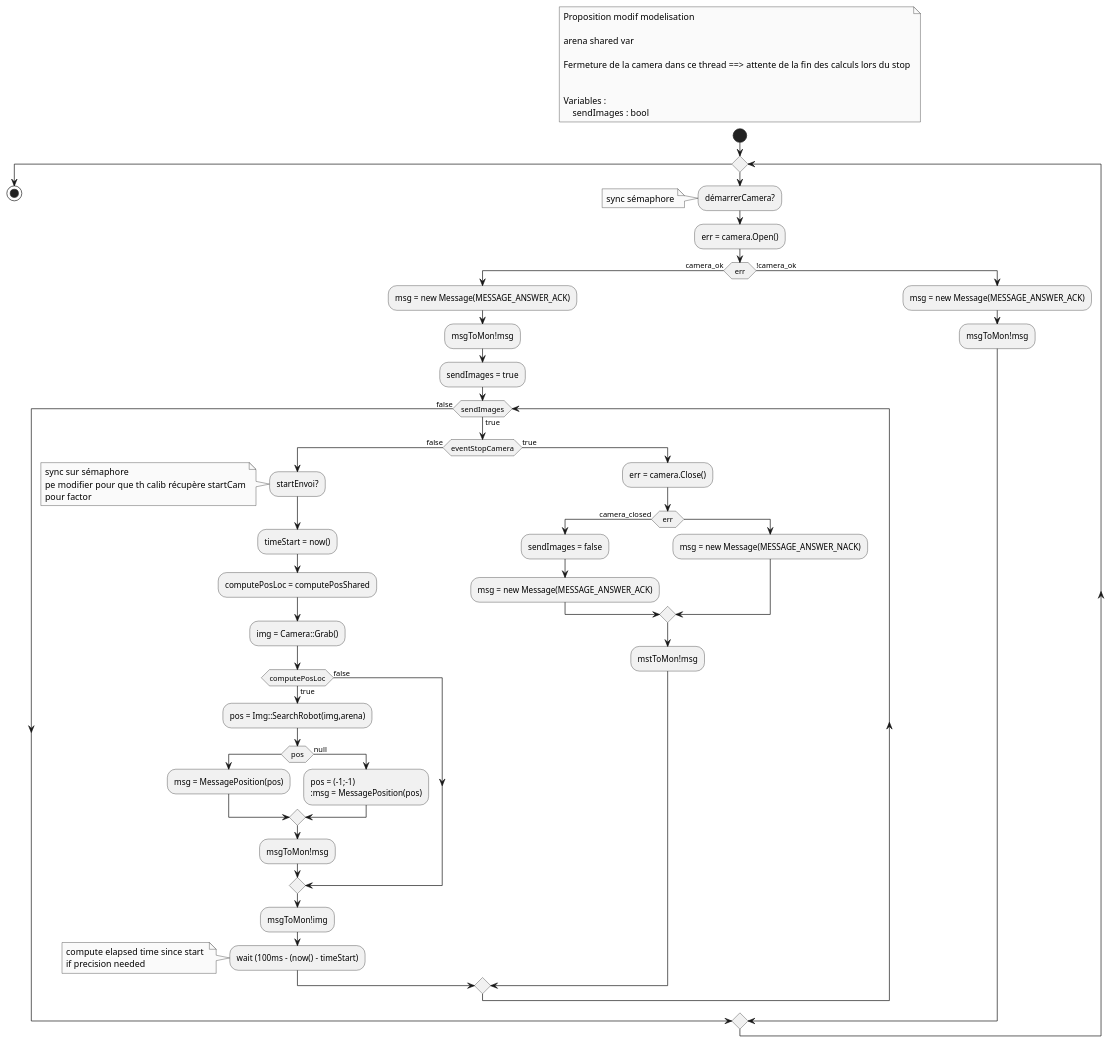
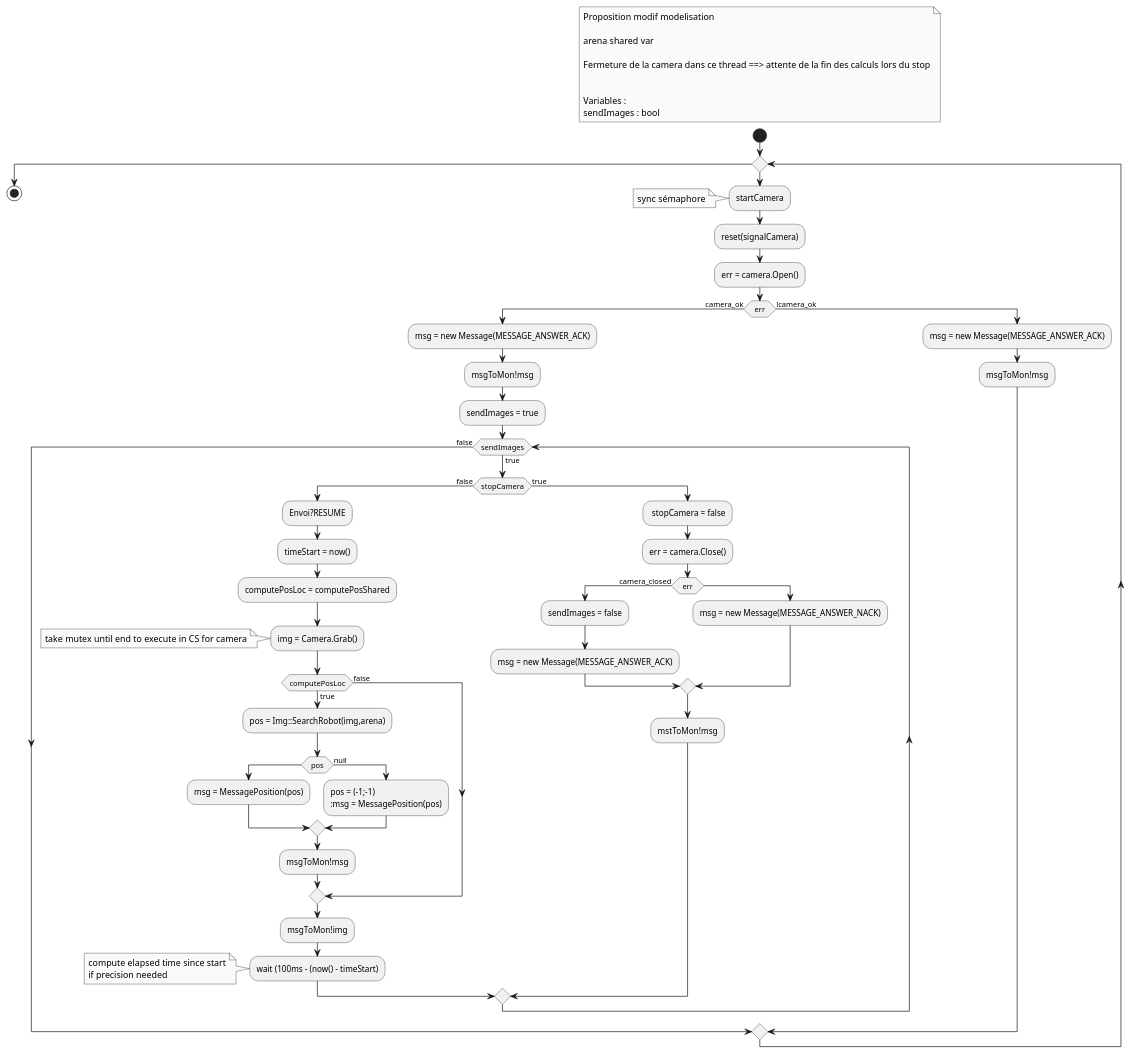
The diagram in diags/th_get_image.puml (Bobillot/BE_Temps_Reel), drawn with PlantUML before and after one commit. The commit also changed 1 other file, not shown here.

Commit message:
change cam

```diff
--- a/diags/th_get_image.puml
+++ b/diags/th_get_image.puml
@@ -1,91 +1,87 @@
 @startuml th_get_image_mod
 
 skinparam monochrome true
 
-floating note left  
-    Proposition modif modelisation
+floating note left
+Proposition modif modelisation
 
-    arena shared var 
+arena shared var
 
-    Fermeture de la camera dans ce thread ==> attente de la fin des calculs lors du stop
+Fermeture de la camera dans ce thread ==> attente de la fin des calculs lors du stop
 
 
-    Variables : 
-        sendImages : bool
+Variables :
+sendImages : bool
 end note
 
 start
 
 while ( )
 
-    :démarrerCamera?;
+    :startCamera;
     note : sync sémaphore
+    :reset(signalCamera);
 
     :err = camera.Open();
     if(err) then (camera_ok)
-    
-    :msg = new Message(MESSAGE_ANSWER_ACK);
-    :msgToMon!msg;
 
-    :sendImages = true;
+        :msg = new Message(MESSAGE_ANSWER_ACK);
+        :msgToMon!msg;
 
-    while (sendImages) is (true)
-    if(eventStopCamera) then (false)
-    :startEnvoi?;
-    note 
-        sync sur sémaphore 
-        pe modifier pour que th calib récupère startCam
-        pour factor
-    end note
+        :sendImages = true;
 
-    :timeStart = now();
+        while (sendImages) is (true)
+            if(stopCamera) then (false)
+                :Envoi?RESUME;
 
-    :computePosLoc = computePosShared;
-    
-    :img = Camera::Grab();
+                :timeStart = now();
 
-    if (computePosLoc) then (true)
-        'partition computePos {
-            :pos = Img::SearchRobot(img,arena);
-            if (pos) then 
-                :msg = MessagePosition(pos);
-            else (null)
-                :pos = (-1;-1)
-                :msg = MessagePosition(pos);
+                :computePosLoc = computePosShared;
+
+                :img = Camera.Grab();
+                note : take mutex until end to execute in CS for camera
+
+                if (computePosLoc) then (true)
+                        :pos = Img::SearchRobot(img,arena);
+                        if (pos) then
+                            :msg = MessagePosition(pos);
+                        else (null)
+                            :pos = (-1;-1)
+                            :msg = MessagePosition(pos);
+                        endif
+                        :msgToMon!msg;
+                else (false)
+
+                endif
+
+                :msgToMon!img;
+
+                :wait (100ms - (now() - timeStart);
+                note
+                compute elapsed time since start
+                if precision needed
+                end note
+                'event stopCamera reçu
+            else (true)
+                : stopCamera = false;
+                :err = camera.Close();
+                if(err) then (camera_closed)
+                    :sendImages = false;
+                    :msg = new Message(MESSAGE_ANSWER_ACK);
+                else
+                    :msg = new Message(MESSAGE_ANSWER_NACK);
+                endif
+                :mstToMon!msg;
             endif
-            :msgToMon!msg;
-        '}
-    else (false)
-
-    endif
-
-    :msgToMon!img;   
-
-    :wait (100ms - (now() - timeStart); 
-    note
-        compute elapsed time since start 
-        if precision needed
-    end note
-    'event stopCamera reçu
-    else (true)
-        :err = camera.Close();
-        if(err) then (camera_closed)
-            :sendImages = false;
-            :msg = new Message(MESSAGE_ANSWER_ACK);
-        else
-            :msg = new Message(MESSAGE_ANSWER_NACK);
-        endif
-        :mstToMon!msg;
-    endif
-    endwhile (false)
+        endwhile (false)
 
     else (!camera_ok)
 
-    :msg = new Message(MESSAGE_ANSWER_ACK);
-    :msgToMon!msg;
+        :msg = new Message(MESSAGE_ANSWER_ACK);
+        :msgToMon!msg;
     endif
-endwhile 
+endwhile
 
 stop
 
 @enduml
```
